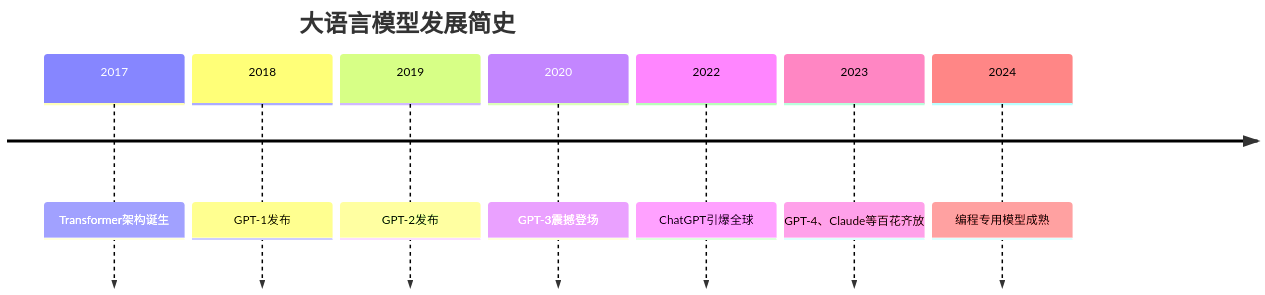
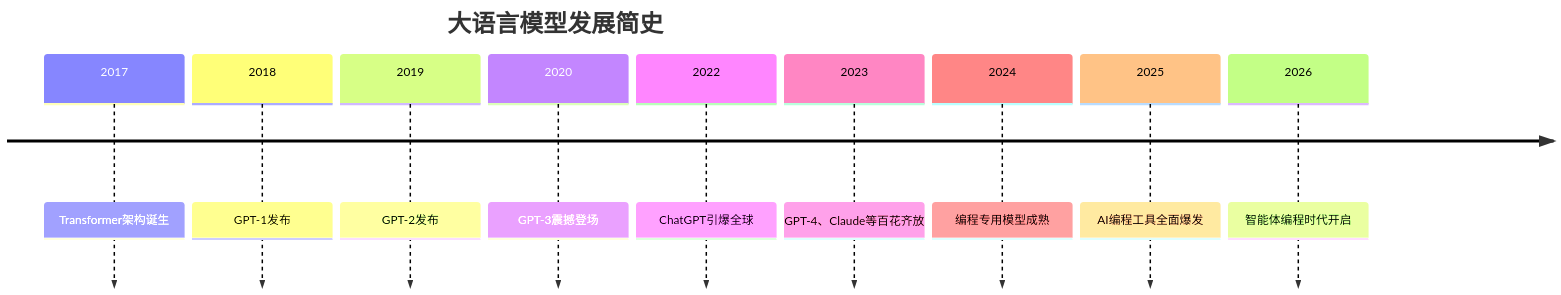
One commit to cuihe500/ai-study changed the first of 4 diagrams in docs/chapter-01/why-ai-coding.md. Above: the diagram before and after it, drawn with Mermaid. The commit also changed other lines of this file and 10 other files, not shown here.

````diff
--- a/docs/chapter-01/why-ai-coding.md
+++ b/docs/chapter-01/why-ai-coding.md
@@ -19,11 +19,13 @@
 ```mermaid
 timeline
     title 大语言模型发展简史
     2017 : Transformer架构诞生
     2018 : GPT-1发布
     2019 : GPT-2发布
     2020 : GPT-3震撼登场
     2022 : ChatGPT引爆全球
     2023 : GPT-4、Claude等百花齐放
     2024 : 编程专用模型成熟
+    2025 : AI编程工具全面爆发
+    2026 : 智能体编程时代开启
 ```
````
